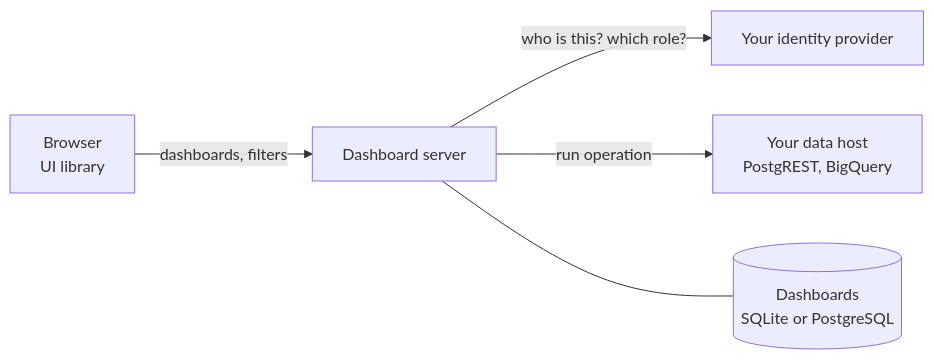
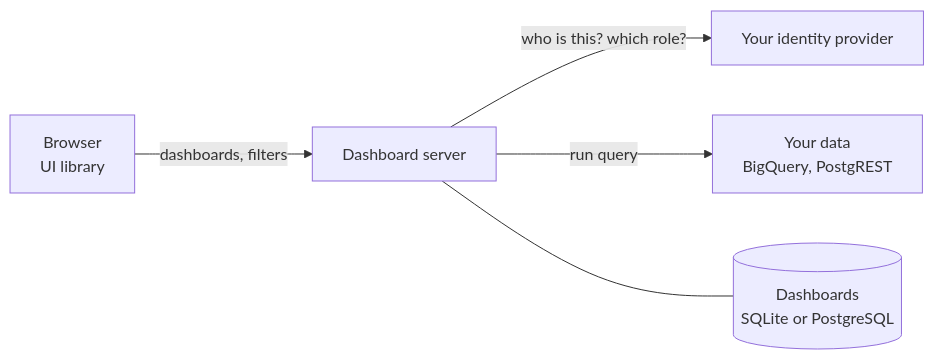
One commit to microboxlabs/modulariot changed the diagram in turbo-repo/apps/docs/content/en/products/dashboards/index.mdx. Above: the diagram before and after it, drawn with Mermaid. The commit also changed other lines of this file and 7 other files, not shown here.

````diff
--- a/turbo-repo/apps/docs/content/en/products/dashboards/index.mdx
+++ b/turbo-repo/apps/docs/content/en/products/dashboards/index.mdx
@@ -39,7 +62,7 @@
 ```mermaid
 flowchart LR
   B[Browser<br/>UI library] -- "dashboards, filters" --> S[Dashboard server]
   S -- "who is this? which role?" --> I[Your identity provider]
-  S -- "run operation" --> H[Your data host<br/>PostgREST, BigQuery]
+  S -- "run query" --> H[Your data<br/>BigQuery, PostgREST]
   S --- D[(Dashboards<br/>SQLite or PostgreSQL)]
 ```
````
